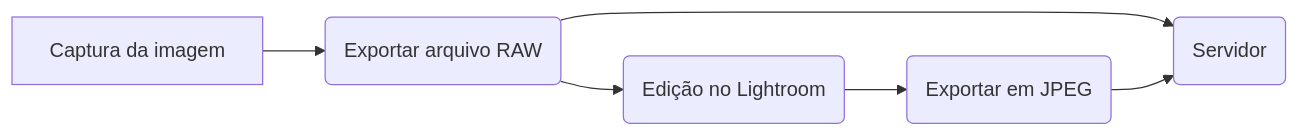
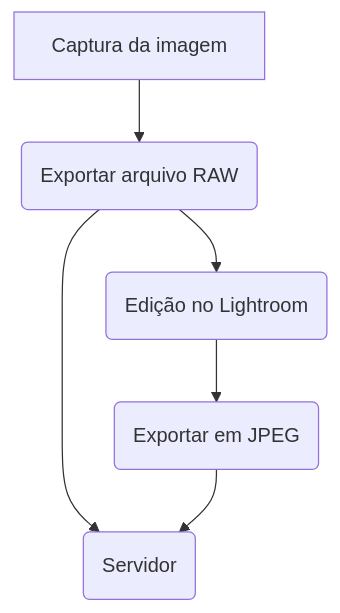
The diagram in FluxogramaGeral.md (MuseuNacional/colbio), drawn with Mermaid before and after one commit.

````diff
--- a/FluxogramaGeral.md
+++ b/FluxogramaGeral.md
@@ -1,11 +1,11 @@
 ```mermaid
-graph LR
+graph TD
 A[Captura da imagem] --> B(Exportar arquivo RAW)
 B --> C(Edição no Lightroom)
 B --> F
 C --> D(Exportar em JPEG)
 D --> F(Servidor)
 
 
 
 ```
````
